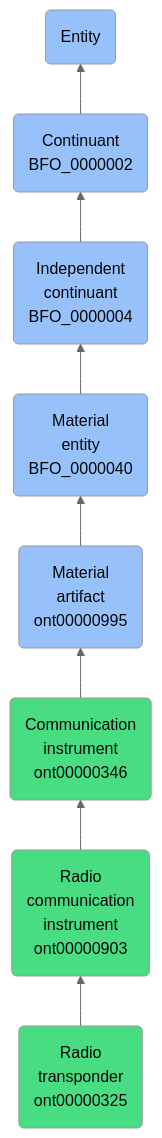
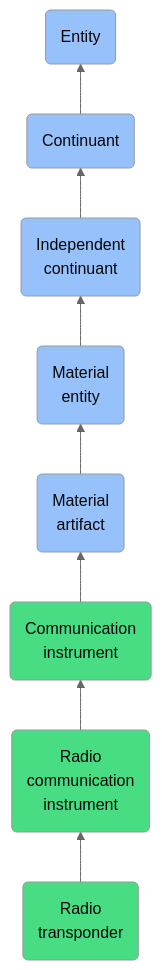
The diagram in docs/ontology/reference/model/Entity/Continuant/Independent continuant/Material entity/Material artifact/Communication instrument/Radio communication instrument/Radio transponder/Radio transponder.md (jupyter-naas/abi), drawn with Mermaid (neutral theme) before and after one commit. The commit also changed other lines of this file and 1430 other files, not shown here.

````diff
--- a/docs/ontology/reference/model/Entity/Continuant/Independent continuant/Material entity/Material artifact/Communication instrument/Radio communication instrument/Radio transponder/Radio transponder.md
+++ b/docs/ontology/reference/model/Entity/Continuant/Independent continuant/Material entity/Material artifact/Communication instrument/Radio communication instrument/Radio transponder/Radio transponder.md
@@ -24,15 +24,15 @@
 ```mermaid
 graph BT
-    ont00000325(Radio<br>transponder<br>ont00000325):::ABI-->ont00000903
-    ont00000903(Radio<br>communication<br>instrument<br>ont00000903):::ABI-->ont00000346
-    ont00000346(Communication<br>instrument<br>ont00000346):::ABI-->ont00000995
-    ont00000995(Material<br>artifact<br>ont00000995):::BFO-->BFO_0000040
-    BFO_0000040(Material<br>entity<br>BFO_0000040):::BFO-->BFO_0000004
-    BFO_0000004(Independent<br>continuant<br>BFO_0000004):::BFO-->BFO_0000002
-    BFO_0000002(Continuant<br>BFO_0000002):::BFO-->BFO_0000001
+    ont00000325(Radio<br>transponder):::ABI-->ont00000903
+    ont00000903(Radio<br>communication<br>instrument):::ABI-->ont00000346
+    ont00000346(Communication<br>instrument):::ABI-->ont00000995
+    ont00000995(Material<br>artifact):::BFO-->BFO_0000040
+    BFO_0000040(Material<br>entity):::BFO-->BFO_0000004
+    BFO_0000004(Independent<br>continuant):::BFO-->BFO_0000002
+    BFO_0000002(Continuant):::BFO-->BFO_0000001
     BFO_0000001(Entity):::BFO
     
     classDef BFO fill:#97c1fb,color:#060606
     classDef CCO fill:#e4c51e,color:#060606
     classDef ABI fill:#48DD82,color:#060606
 ```
````
